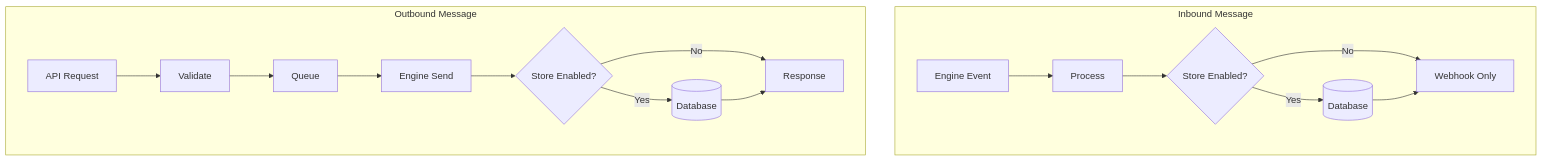
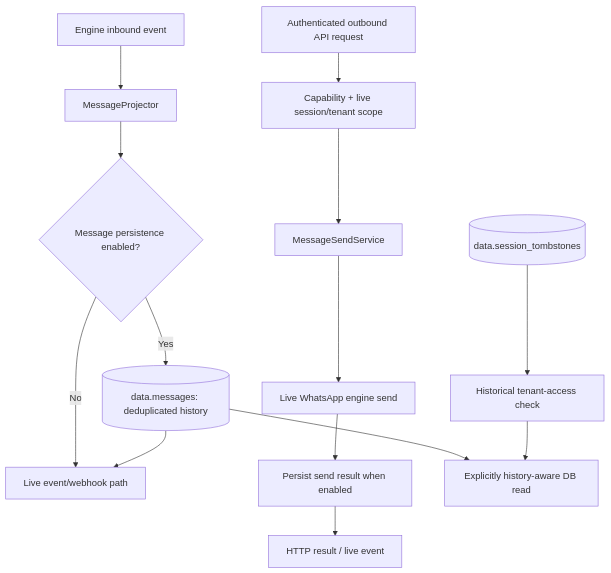
Before and after one commit to AbdoHussein1998/OpenWA: the sixth of 8 diagrams in docs/05-database-design.md, drawn with Mermaid. The commit also changed other lines of this file and 8 other files, not shown here.

````diff
--- a/docs/05-database-design.md
+++ b/docs/05-database-design.md
@@ -730,20 +772,16 @@
 ```mermaid
-flowchart TB
-    subgraph Inbound["Inbound Message"]
-        E[Engine Event] --> P[Process]
-        P --> S{Store Enabled?}
-        S -->|Yes| DB[(Database)]
-        S -->|No| W[Webhook Only]
-        DB --> W
-    end
-
-    subgraph Outbound["Outbound Message"]
-        A[API Request] --> V[Validate]
-        V --> Q[Queue]
-        Q --> EN[Engine Send]
-        EN --> SR{Store Enabled?}
-        SR -->|Yes| DBO[(Database)]
-        SR -->|No| R[Response]
-        DBO --> R
-    end
+flowchart TD
+    In[Engine inbound event] --> Project[MessageProjector]
+    Project --> Store{Message persistence enabled?}
+    Store -->|Yes| Hist[(data.messages: deduplicated history)]
+    Store -->|No| Event[Live event/webhook path]
+    Hist --> Event
+    API[Authenticated outbound API request] --> Scope[Capability + live session/tenant scope]
+    Scope --> Send[MessageSendService]
+    Send --> Engine[Live WhatsApp engine send]
+    Engine --> Result[Persist send result when enabled]
+    Result --> Response[HTTP result / live event]
+    Hist --> History[Explicitly history-aware DB read]
+    Tomb[(data.session_tombstones)] --> HAuth[Historical tenant-access check]
+    HAuth --> History
 ```
````
